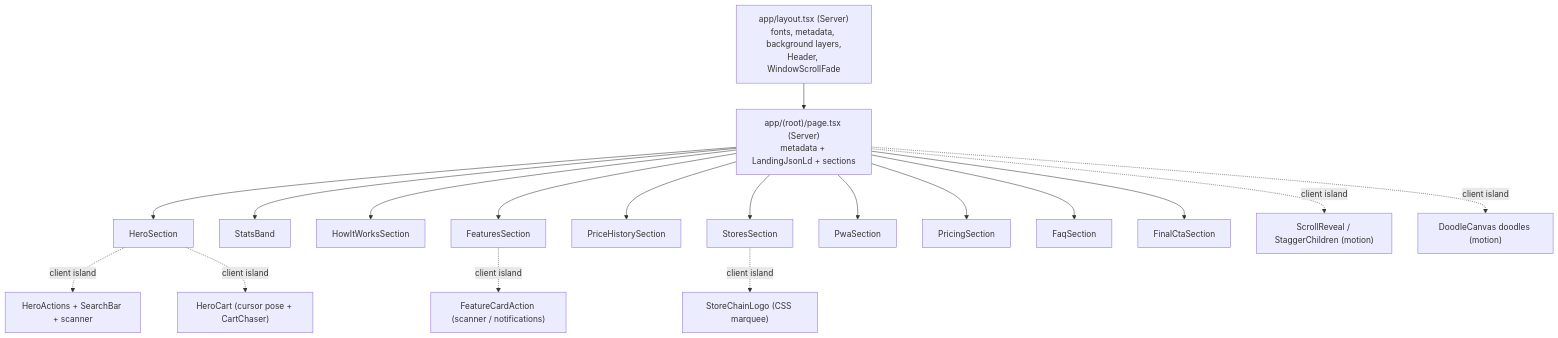
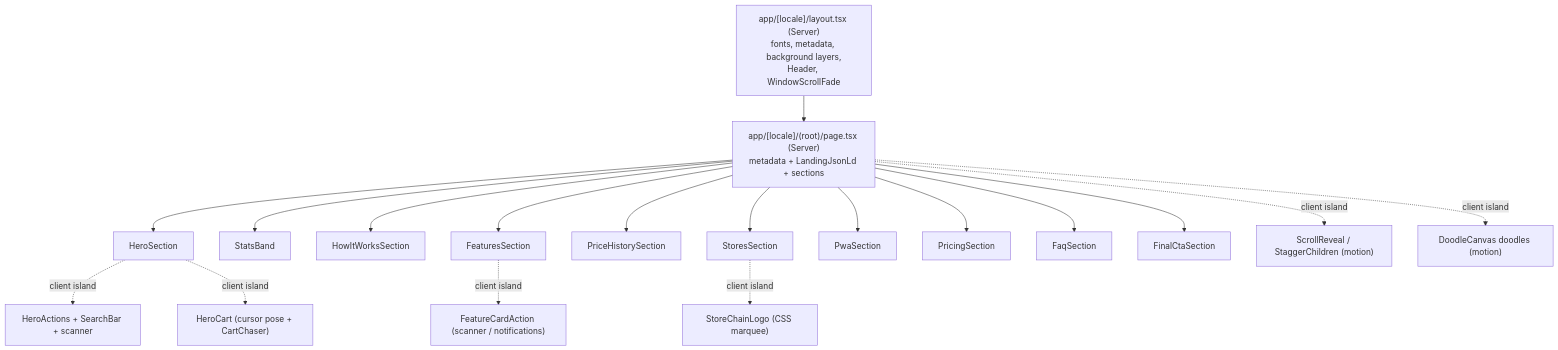
The diagram in docs/LANDING.md (OffCrazyFreak/Disscount), drawn with Mermaid before and after one commit. The commit also changed other lines of this file and 11 other files, not shown here.

````diff
--- a/docs/LANDING.md
+++ b/docs/LANDING.md
@@ -13,22 +13,22 @@
 ```mermaid
 flowchart TD
-  Layout["app/layout.tsx (Server)\nfonts, metadata, background layers,\nHeader, WindowScrollFade"] --> Page["app/(root)/page.tsx (Server)\nmetadata + LandingJsonLd + sections"]
+  Layout["app/[locale]/layout.tsx (Server)\nfonts, metadata, background layers,\nHeader, WindowScrollFade"] --> Page["app/[locale]/(root)/page.tsx (Server)\nmetadata + LandingJsonLd + sections"]
 
   Page --> Hero[HeroSection]
   Page --> Stats[StatsBand]
   Page --> How[HowItWorksSection]
   Page --> Feat[FeaturesSection]
   Page --> Price[PriceHistorySection]
   Page --> Stores[StoresSection]
   Page --> Pwa[PwaSection]
   Page --> Pricing[PricingSection]
   Page --> Faq[FaqSection]
   Page --> Cta[FinalCtaSection]
 
   Hero -.client island.-> HeroActions["HeroActions + SearchBar + scanner"]
   Hero -.client island.-> HeroCart["HeroCart (cursor pose + CartChaser)"]
   Feat -.client island.-> FCA["FeatureCardAction (scanner / notifications)"]
   Stores -.client island.-> Marquee["StoreChainLogo (CSS marquee)"]
   Page -.client island.-> Reveal["ScrollReveal / StaggerChildren (motion)"]
   Page -.client island.-> Doodles["DoodleCanvas doodles (motion)"]
 ```
````
